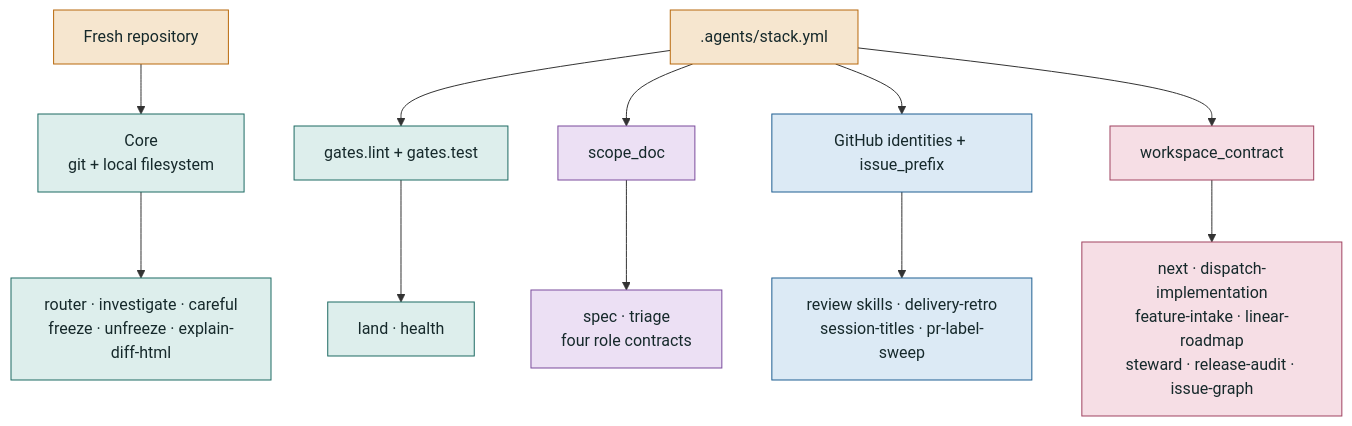
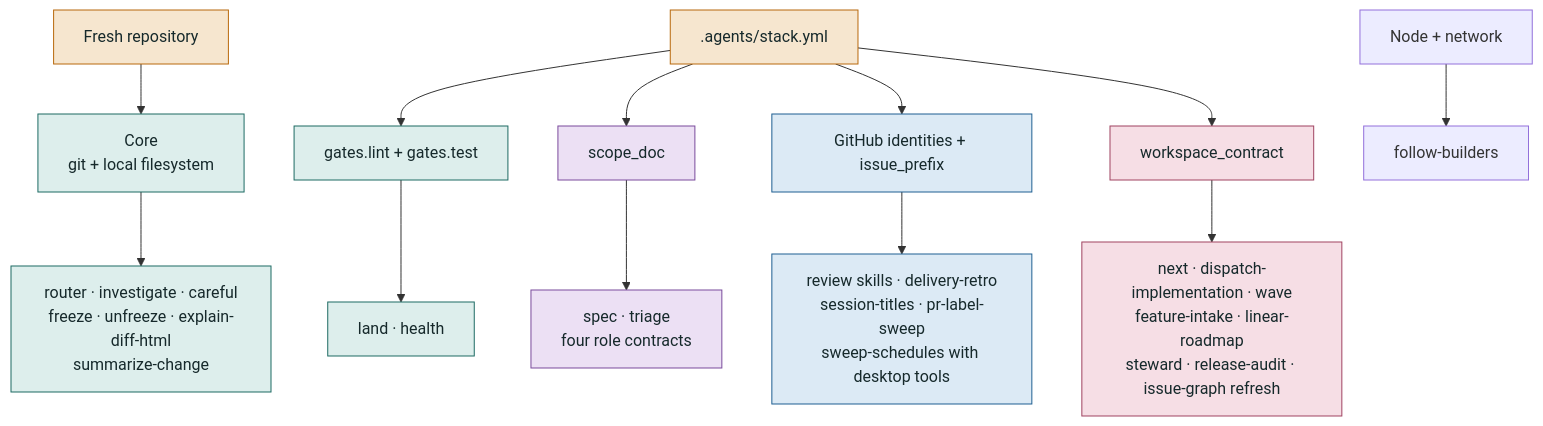
One commit to khalilouardini/kstack changed the third of 5 diagrams in docs/skill-map.md. Above: the diagram before and after it, drawn with Mermaid. The commit also changed other lines of this file and 12 other files, not shown here.

````diff
--- a/docs/skill-map.md
+++ b/docs/skill-map.md
@@ -109,25 +114,26 @@
 ```mermaid
 flowchart TB
     fresh["Fresh repository"] --> core["Core<br/>git + local filesystem"]
     config[".agents/stack.yml"] --> gates["gates.lint + gates.test"]
     config --> scope["scope_doc"]
     config --> identities["GitHub identities + issue_prefix"]
     config --> workspace["workspace_contract"]
 
-    core --> coreSkills["router · investigate · careful<br/>freeze · unfreeze · explain-diff-html"]
+    core --> coreSkills["router · investigate · careful<br/>freeze · unfreeze · explain-diff-html<br/>summarize-change"]
     gates --> gatedCore["land · health"]
     scope --> roleSkills["spec · triage<br/>four role contracts"]
-    identities --> githubSkills["review skills · delivery-retro<br/>session-titles · pr-label-sweep"]
-    workspace --> linearSkills["next · dispatch-implementation<br/>feature-intake · linear-roadmap<br/>steward · release-audit · issue-graph"]
+    identities --> githubSkills["review skills · delivery-retro<br/>session-titles · pr-label-sweep<br/>sweep-schedules with desktop tools"]
+    workspace --> linearSkills["next · dispatch-implementation · wave<br/>feature-intake · linear-roadmap<br/>steward · release-audit · issue-graph refresh"]
+    runtime["Node + network"] --> externalSkills["follow-builders"]
 
     classDef source fill:#f6e6cf,stroke:#b8690c,color:#16292b
     classDef coreStyle fill:#ddeeec,stroke:#1d6a63,color:#16292b
     classDef rolesStyle fill:#ece0f4,stroke:#7a4b9c,color:#16292b
     classDef githubStyle fill:#dceaf5,stroke:#1f5f92,color:#16292b
     classDef linearStyle fill:#f6dee5,stroke:#a04360,color:#16292b
     class fresh,config source
     class core,gates,coreSkills,gatedCore coreStyle
     class scope,roleSkills rolesStyle
     class identities,githubSkills githubStyle
     class workspace,linearSkills linearStyle
 ```
````
